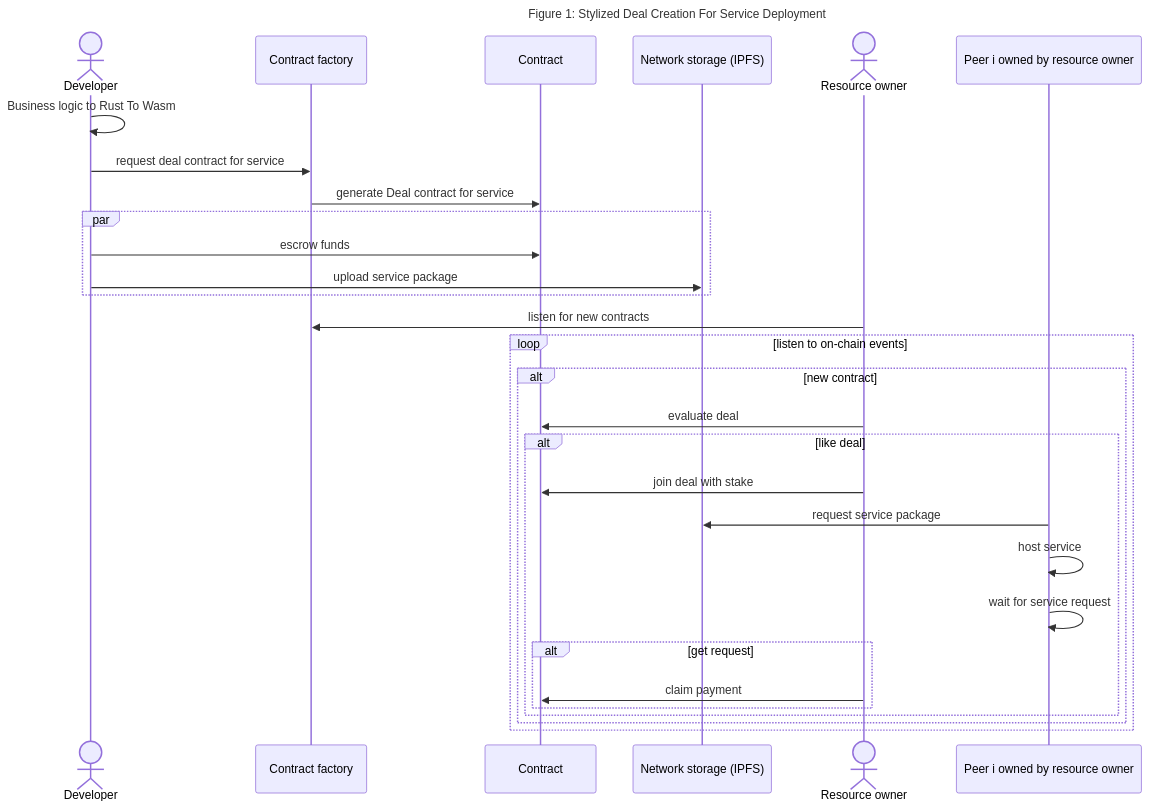
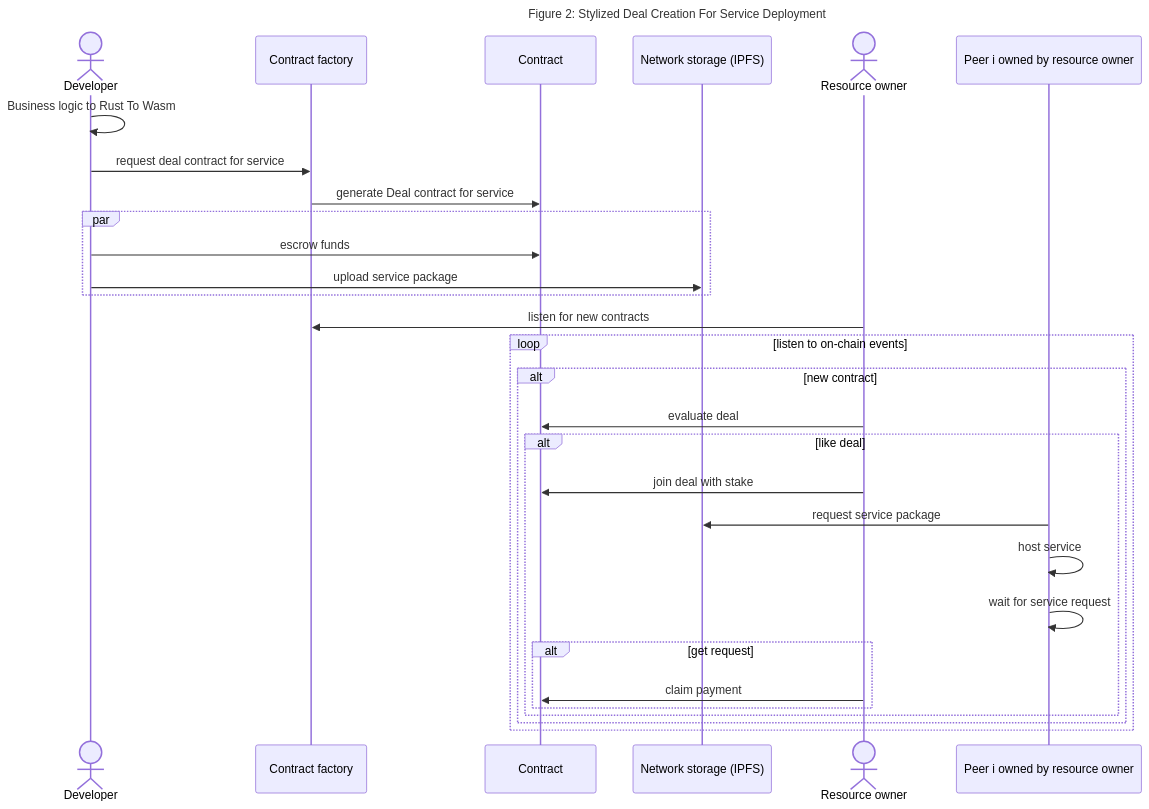
Before and after one commit to fluencelabs/fRPC-Substrate: the second of 4 diagrams in hacking_frpc.md, drawn with Mermaid. The commit also changed other lines of this file, not shown here.

````diff
--- a/hacking_frpc.md
+++ b/hacking_frpc.md
@@ -86,37 +120,37 @@
 ```mermaid
 
 sequenceDiagram
-    title: Figure 1: Stylized Deal Creation For Service Deployment
+    title: Figure 2: Stylized Deal Creation For Service Deployment
 
     actor D as Developer
     participant CF as Contract factory
     participant C as Contract
     participant N as Network storage (IPFS)
     actor R as Resource owner
     participant P as Peer i owned by resource owner
 
 
     D ->> D: Business logic to Rust To Wasm
     D ->> CF: request deal contract for service
     CF ->> C: generate Deal contract  for service
     par
         D ->> C: escrow funds
         D ->> N: upload service package
     end
     R ->> CF: listen for new contracts
       loop listen to on-chain events
         alt new contract
         R ->> C: evaluate deal
         alt like deal
           R ->> C: join deal with stake
           P ->> N: request service package
           P ->> P: host service
           P ->> P: wait for service request
           alt get request
             R ->> C: claim payment
           end
         end
       end
     end
 
 ```
````
